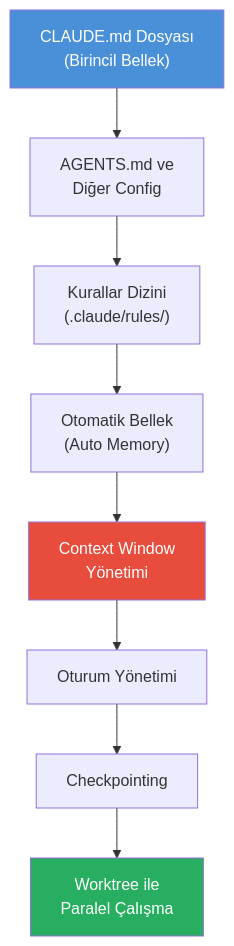
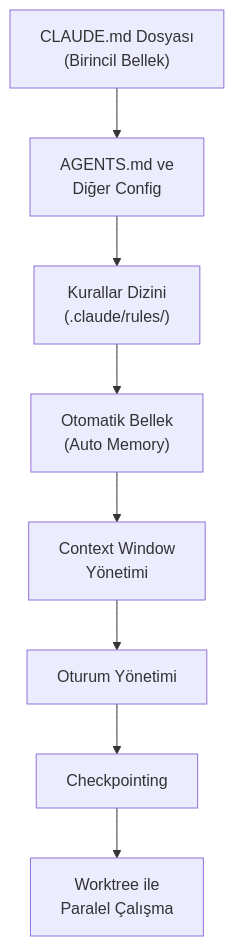
The first of 2 diagrams in 09-bellek-ve-baglam/README.md (IzzetYasinAtes/ClaudeCodeHandbook), drawn with Mermaid before and after one commit. The commit also changed 97 other files, not shown here.

Commit message:
Remove all custom Mermaid style/fill colors from 98 markdown files for consistent dark theme rendering

````diff
--- a/09-bellek-ve-baglam/README.md
+++ b/09-bellek-ve-baglam/README.md
@@ -7,14 +7,11 @@
 ```mermaid
 flowchart TD
     A["CLAUDE.md Dosyası<br/>(Birincil Bellek)"] --> B["AGENTS.md ve<br/>Diğer Config"]
     B --> C["Kurallar Dizini<br/>(.claude/rules/)"]
     C --> D["Otomatik Bellek<br/>(Auto Memory)"]
     D --> E["Context Window<br/>Yönetimi"]
     E --> F["Oturum Yönetimi"]
     F --> G["Checkpointing"]
     G --> H["Worktree ile<br/>Paralel Çalışma"]
 
-    style A fill:#4A90D9,color:#fff
-    style E fill:#E74C3C,color:#fff
-    style H fill:#27AE60,color:#fff
 ```
````
